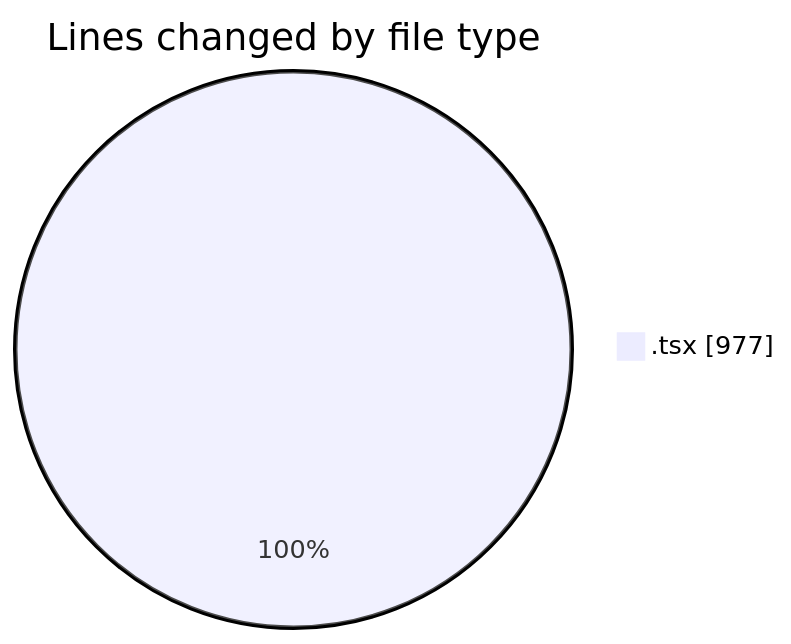
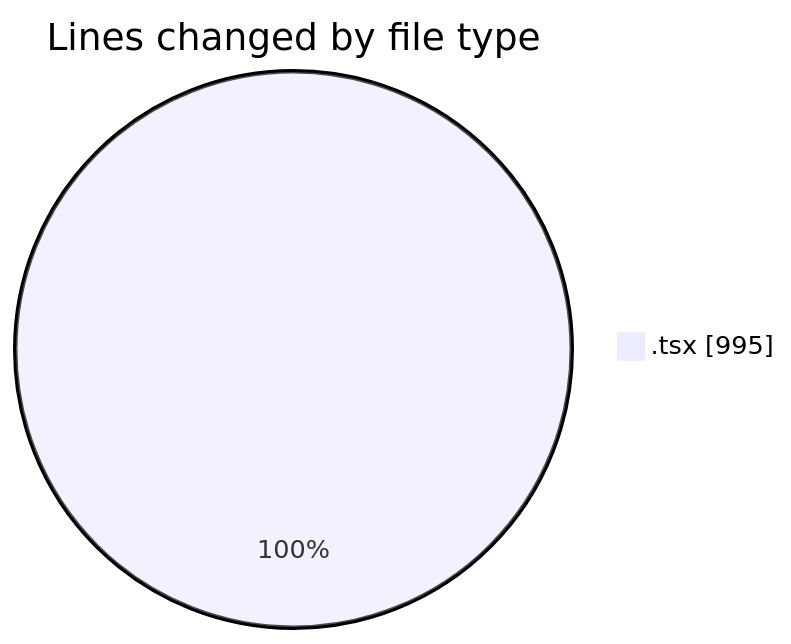
One commit to robertbonfada/code-tracking changed the first of 2 diagrams in 2025-03-11/mbc-web/README.md. Above: the diagram before and after it, drawn with Mermaid. The commit also changed other lines of this file and 1 other file, not shown here.

````diff
--- a/2025-03-11/mbc-web/README.md
+++ b/2025-03-11/mbc-web/README.md
@@ -23,5 +23,5 @@
 ```mermaid
 pie showData
 title Lines changed by file type
-".tsx" : 977
+".tsx" : 995
 ```
````
